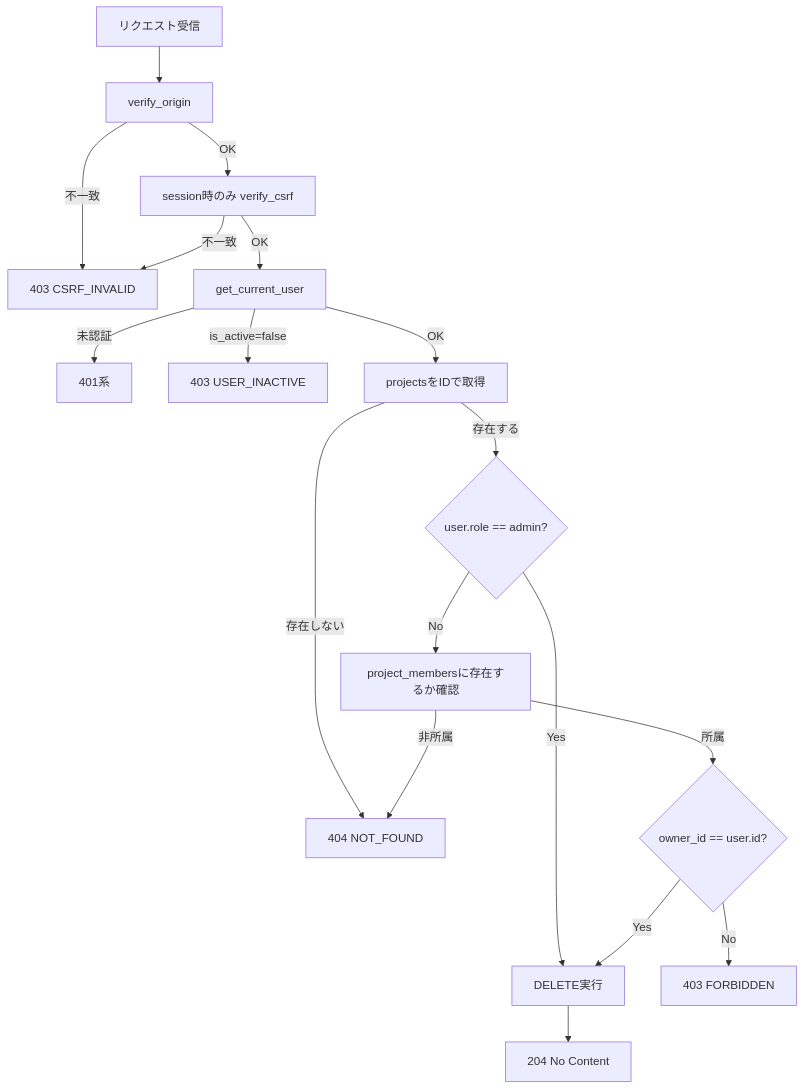
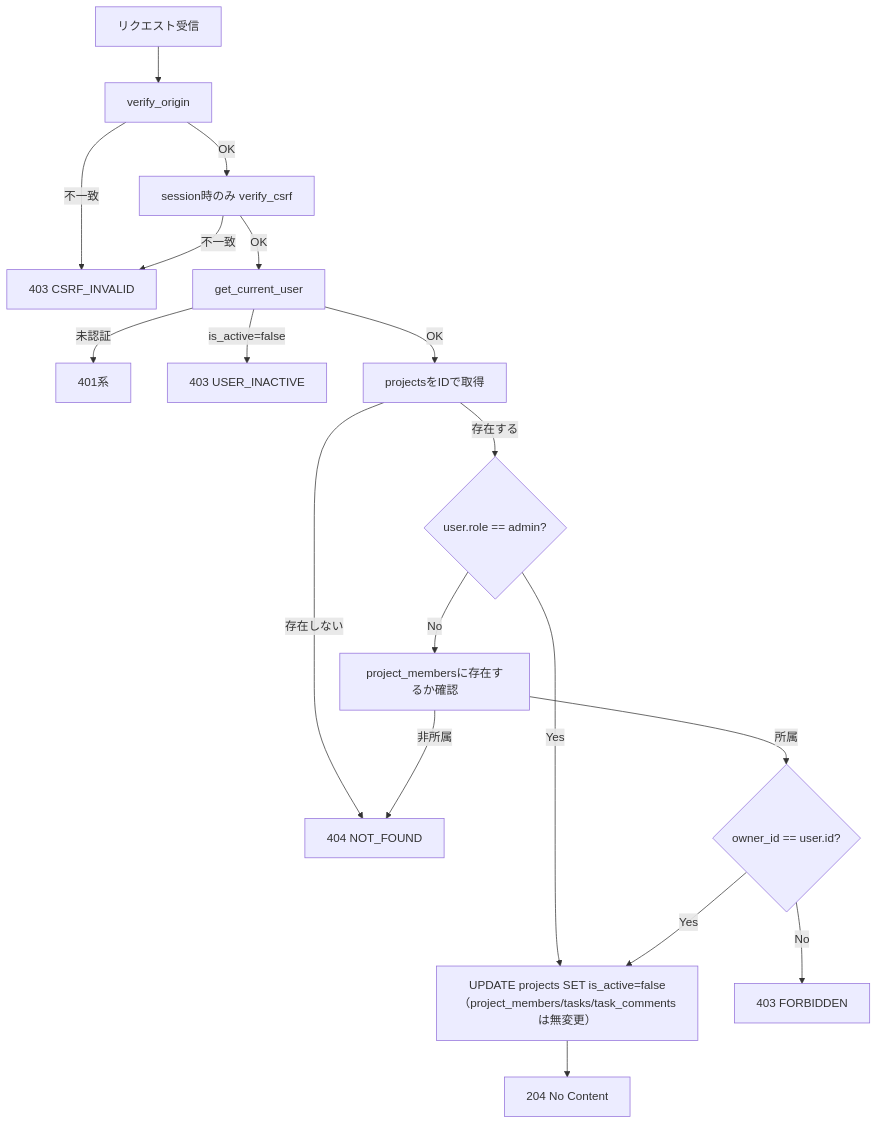
Before and after one commit to oikawa-d/task_management: the second of 4 diagrams in detailed_design/api/projects/05_delete_project.md, drawn with Mermaid. The commit also changed other lines of this file and 25 other files, not shown here.

````diff
--- a/detailed_design/api/projects/05_delete_project.md
+++ b/detailed_design/api/projects/05_delete_project.md
@@ -87,20 +89,20 @@
 ```mermaid
 flowchart TB
     A["リクエスト受信"] --> B["verify_origin"]
     B -->|"不一致"| B1["403 CSRF_INVALID"]
     B -->|"OK"| C["session時のみ verify_csrf"]
     C -->|"不一致"| B1
     C -->|"OK"| D["get_current_user"]
     D -->|"未認証"| D1["401系"]
     D -->|"is_active=false"| D2["403 USER_INACTIVE"]
     D -->|"OK"| E["projectsをIDで取得"]
     E -->|"存在しない"| E1["404 NOT_FOUND"]
     E -->|"存在する"| F{"user.role == admin?"}
-    F -->|"Yes"| H["DELETE実行"]
+    F -->|"Yes"| H
     F -->|"No"| G["project_membersに存在するか確認"]
     G -->|"非所属"| E1
     G -->|"所属"| I{"owner_id == user.id?"}
     I -->|"No"| I1["403 FORBIDDEN"]
     I -->|"Yes"| H
-    H --> J["204 No Content"]
+    H["UPDATE projects SET is_active=false<br/>（project_members/tasks/task_commentsは無変更）"] --> J["204 No Content"]
 ```
````
